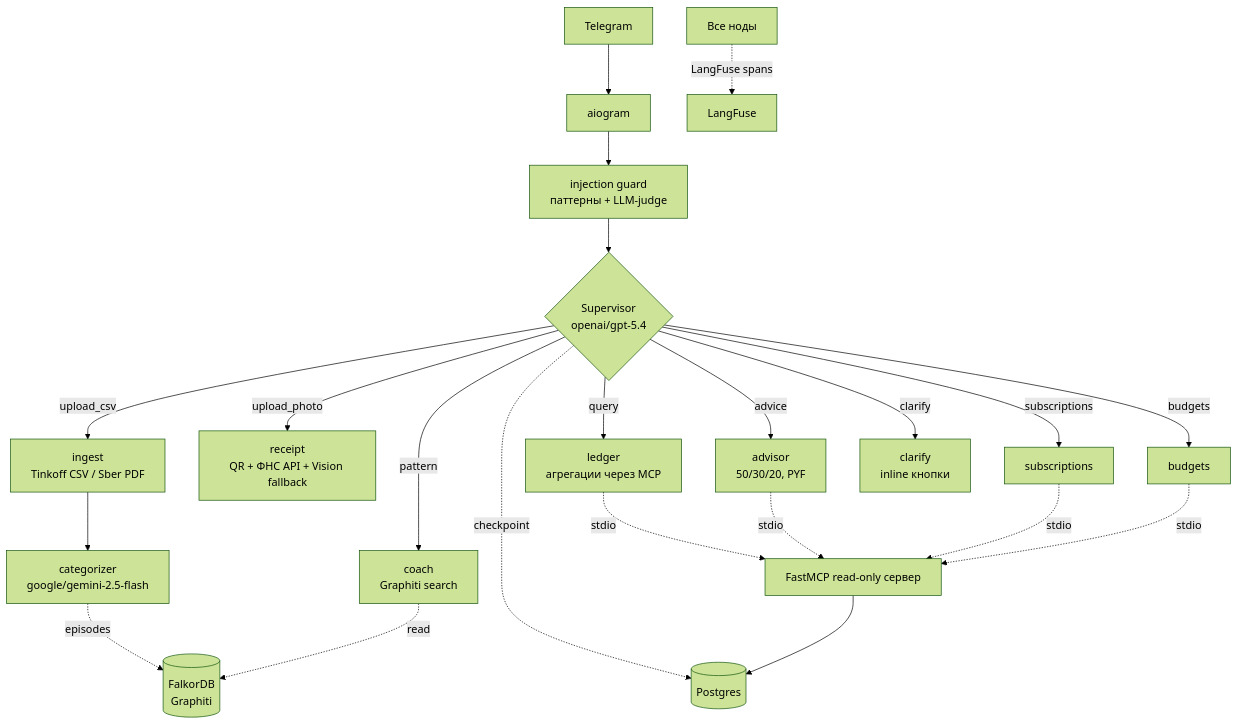
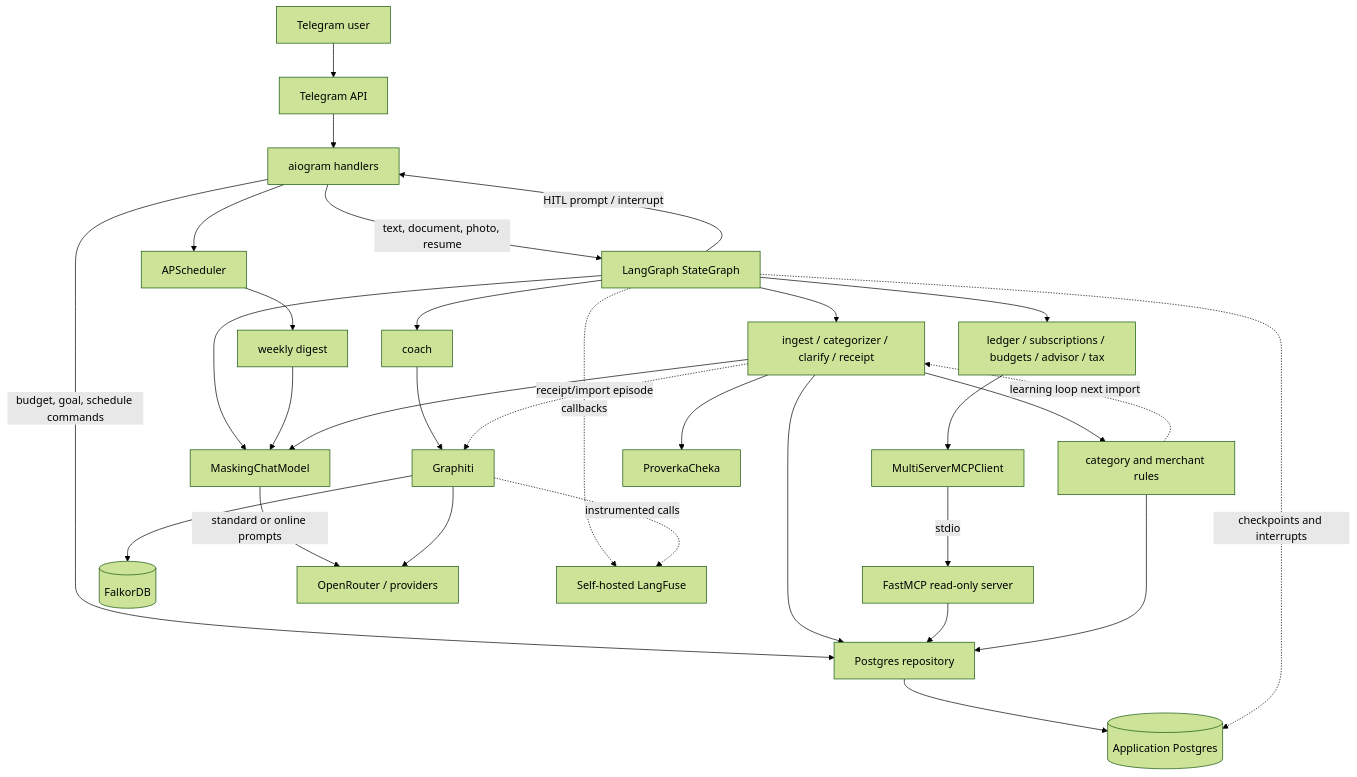
One commit to Carobey/ff changed the first of 2 diagrams in docs/ARCHITECTURE.md. Above: the diagram before and after it, drawn with Mermaid (forest theme). The commit also changed other lines of this file and 5 other files, not shown here.

````diff
--- a/docs/ARCHITECTURE.md
+++ b/docs/ARCHITECTURE.md
@@ -17,28 +21,40 @@
 ```mermaid
 flowchart TB
-    TG[Telegram] --> Bot[aiogram]
-    Bot --> Guard[injection guard<br/>паттерны + LLM-judge]
-    Guard --> Sup{Supervisor<br/>openai/gpt-5.4}
+    User[Telegram user] --> Telegram[Telegram API]
+    Telegram --> Bot[aiogram handlers]
 
-    Sup -->|upload_csv| Ingest[ingest<br/>Tinkoff CSV / Sber PDF]
-    Sup -->|upload_photo| Receipt[receipt<br/>QR + ФНС API + Vision fallback]
-    Sup -->|query| Ledger[ledger<br/>агрегации через MCP]
-    Sup -->|pattern| Coach[coach<br/>Graphiti search]
-    Sup -->|subscriptions| Subs[subscriptions]
-    Sup -->|budgets| Budg[budgets]
-    Sup -->|advice| Adv[advisor<br/>50/30/20, PYF]
-    Sup -->|clarify| Clarify[clarify<br/>inline кнопки]
+    Bot -->|text, document, photo, resume| Graph[LangGraph StateGraph]
+    Graph -->|HITL prompt / interrupt| Bot
+    Bot -->|budget, goal, schedule commands| Repo[Postgres repository]
+    Bot --> Scheduler[APScheduler]
+    Scheduler --> Digest[weekly digest]
 
-    Ingest --> Cat[categorizer<br/>google/gemini-2.5-flash]
+    Graph --> WriteNodes[ingest / categorizer / clarify / receipt]
+    WriteNodes --> Repo
+    Graph --> ReadNodes[ledger / subscriptions / budgets / advisor / tax]
+    ReadNodes --> MCPClient[MultiServerMCPClient]
+    MCPClient -->|stdio| MCPServer[FastMCP read-only server]
+    MCPServer --> Repo
 
-    Sup -.checkpoint.-> PG[(Postgres)]
-    Cat -.episodes.-> GR[(FalkorDB<br/>Graphiti)]
-    Coach -.read.-> GR
-    Ledger -.->|stdio| MCP[FastMCP read-only сервер]
-    Adv -.->|stdio| MCP
-    Subs -.->|stdio| MCP
-    Budg -.->|stdio| MCP
-    MCP --> PG
+    WriteNodes --> Catalog[category and merchant rules]
+    Catalog --> Repo
+    Catalog -. learning loop next import .-> WriteNodes
 
-    AllNodes[Все ноды] -.LangFuse spans.-> LF[LangFuse]
+    Graph --> Coach[coach]
+    Coach --> Graphiti[Graphiti]
+    Graphiti --> Falkor[(FalkorDB)]
+    WriteNodes -. receipt/import episode .-> Graphiti
+
+    Repo --> AppPG[(Application Postgres)]
+    Graph -. checkpoints and interrupts .-> AppPG
+
+    Graph --> LLM[MaskingChatModel]
+    Digest --> LLM
+    WriteNodes --> LLM
+    LLM -->|standard or online prompts| OpenRouter[OpenRouter / providers]
+    Graphiti --> OpenRouter
+    WriteNodes --> ReceiptAPI[ProverkaCheka]
+
+    Graph -. callbacks .-> LangFuse[Self-hosted LangFuse]
+    Graphiti -. instrumented calls .-> LangFuse
 ```
````
